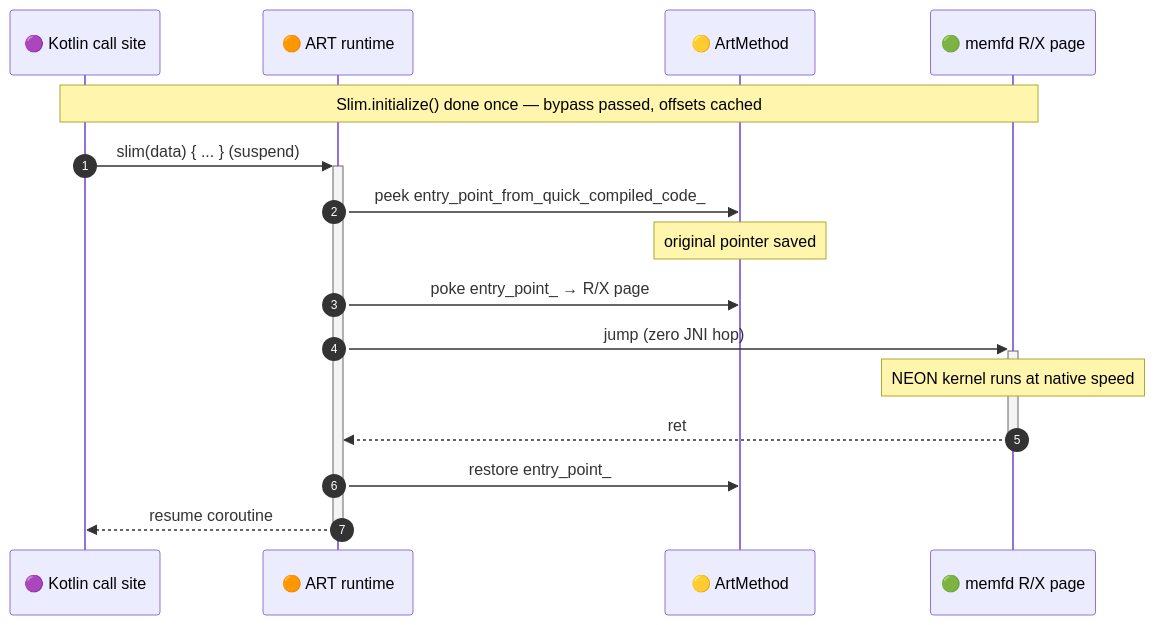
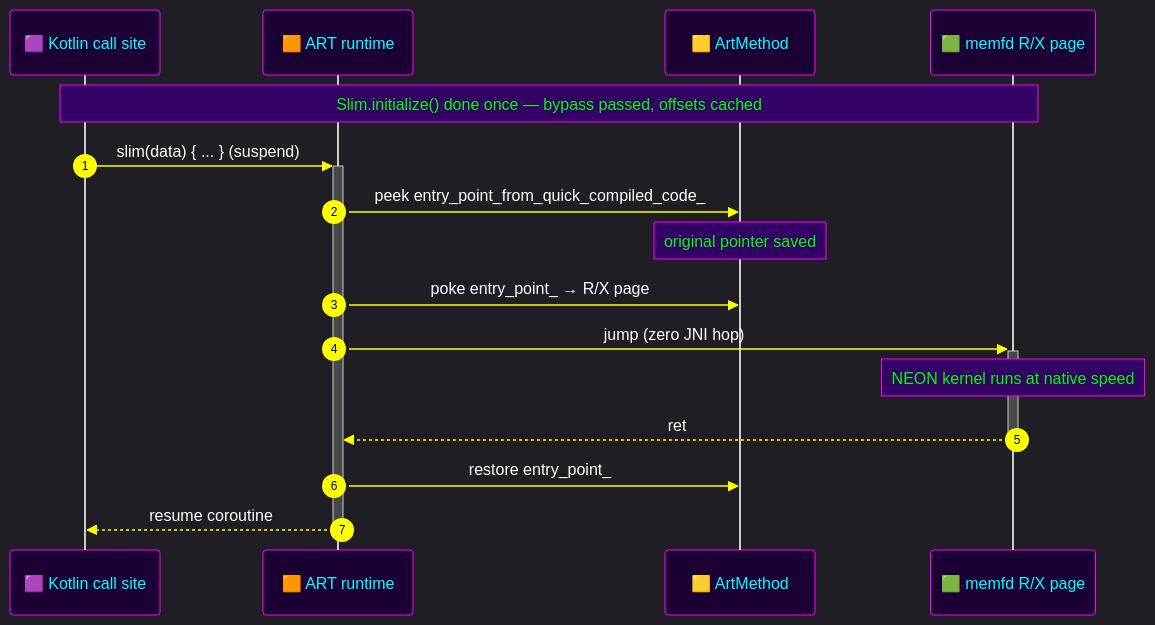
Before and after one commit to iamjosephmj/Slim: the second of 3 diagrams in README.md, drawn with Mermaid. The commit also changed other lines of this file, not shown here.

````diff
--- a/README.md
+++ b/README.md
@@ -476,20 +467,21 @@
 ```mermaid
+%%{init: {'theme':'dark', 'themeVariables': { 'actorBkg':'#1A0033', 'actorBorder':'#FF00FF', 'actorTextColor':'#00FFFF', 'signalColor':'#FFFF00', 'signalTextColor':'#FFFFFF', 'noteBkgColor':'#330066', 'noteTextColor':'#00FF00', 'noteBorderColor':'#FF00FF' }}}%%
 sequenceDiagram
     autonumber
-    participant K as 🟣 Kotlin call site
-    participant ART as 🟠 ART runtime
-    participant AM as 🟡 ArtMethod
-    participant RX as 🟢 memfd R/X page
+    participant K as 🟪 Kotlin call site
+    participant ART as 🟧 ART runtime
+    participant AM as 🟨 ArtMethod
+    participant RX as 🟩 memfd R/X page
 
     Note over K,RX: Slim.initialize() done once — bypass passed, offsets cached
 
     K->>+ART: slim(data) { ... }  (suspend)
     ART->>AM: peek entry_point_from_quick_compiled_code_
     Note over AM: original pointer saved
     ART->>AM: poke entry_point_ → R/X page
     ART->>+RX: jump (zero JNI hop)
     Note over RX: NEON kernel runs at native speed
     RX-->>-ART: ret
     ART->>AM: restore entry_point_
     ART-->>-K: resume coroutine
 ```
````
